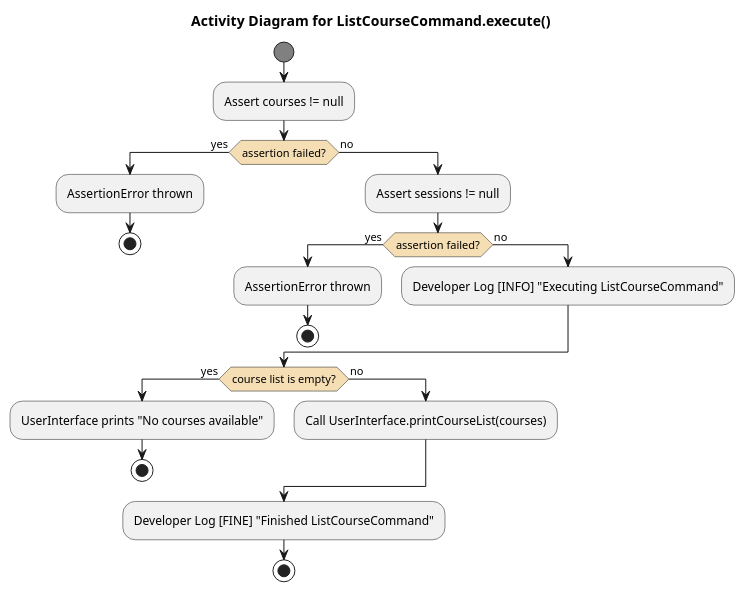
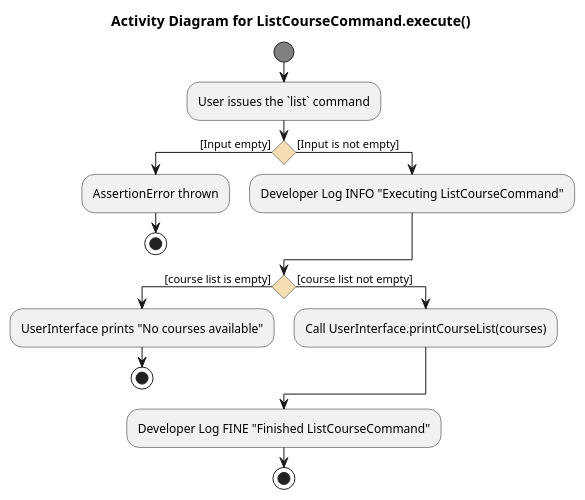
The diagram in docs/diagrams/ListCourseCommandActivityDiagram.puml (t-kandasami/tp), drawn with PlantUML before and after one commit. The commit also changed 1 other file, not shown here.

Commit message:
docs: Update ListCourseCommand activity diagram in DG

```diff
--- a/docs/diagrams/ListCourseCommandActivityDiagram.puml
+++ b/docs/diagrams/ListCourseCommandActivityDiagram.puml
@@ -1,36 +1,31 @@
 @startuml
 title Activity Diagram for ListCourseCommand.execute()
 
 skinparam ActivityStartColor #Gray
 skinparam ActivityEndColor #Gray
 skinparam ActivityDiamondBackgroundColor #Wheat
 skinparam Padding 1
 skinparam ParticipantPadding 1
 skinparam BoxPadding 1
+skinparam conditionStyle diamond
 
 start
+:User issues the `list` command;
 
-:Assert courses != null;
-if (assertion failed?) then (yes)
+if () then ([Input empty])
     :AssertionError thrown;
     stop
-else (no)
-    :Assert sessions != null;
-    if (assertion failed?) then (yes)
-        :AssertionError thrown;
-        stop
-    else (no)
-        :Developer Log [INFO] "Executing ListCourseCommand";
-    endif
+else ([Input is not empty])
+    :Developer Log INFO "Executing ListCourseCommand";
 endif
 
-if (course list is empty?) then (yes)
+if () then ([course list is empty])
     :UserInterface prints "No courses available";
     stop
-else (no)
+else ([course list not empty])
     :Call UserInterface.printCourseList(courses);
 endif
 
-:Developer Log [FINE] "Finished ListCourseCommand";
+:Developer Log FINE "Finished ListCourseCommand";
 stop
 @enduml
```
